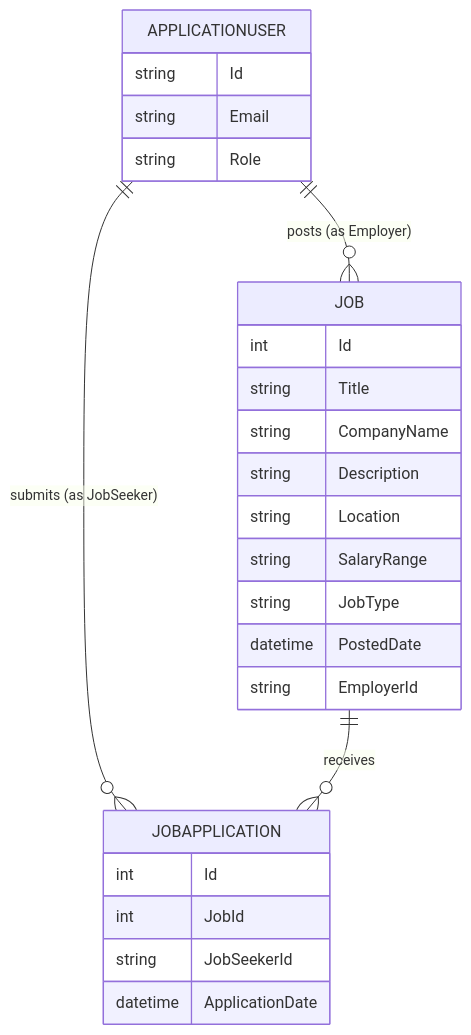
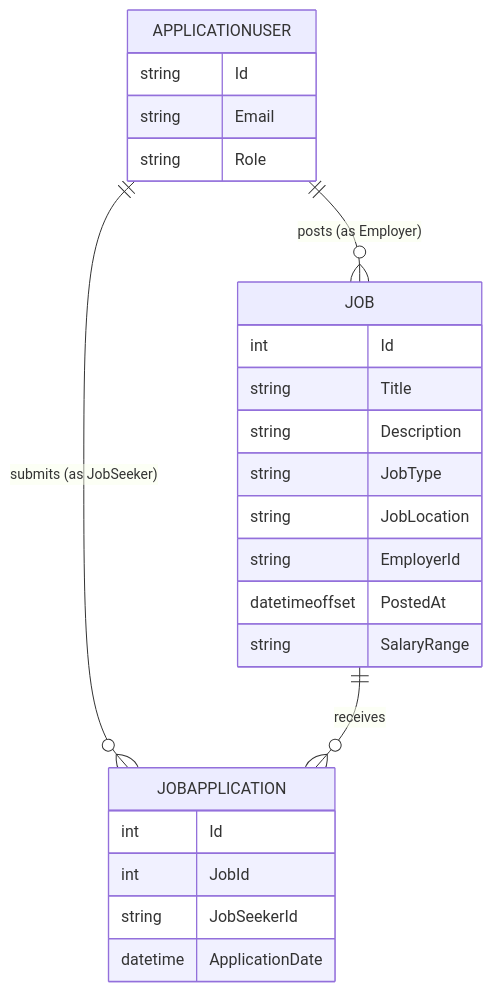
The diagram in docs/02-domain-model.md (Alrayyanumar56/jobboard-aspnetcore), drawn with Mermaid before and after one commit. The commit also changed other lines of this file and 132 other files, not shown here.

````diff
--- a/docs/02-domain-model.md
+++ b/docs/02-domain-model.md
@@ -24,29 +25,28 @@
 ```mermaid
 erDiagram
     APPLICATIONUSER ||--o{ JOB : "posts (as Employer)"
     APPLICATIONUSER ||--o{ JOBAPPLICATION : "submits (as JobSeeker)"
     JOB ||--o{ JOBAPPLICATION : "receives"
 
     APPLICATIONUSER {
         string Id
         string Email
         string Role
     }
     JOB {
         int Id
         string Title
-        string CompanyName
         string Description
-        string Location
+        string JobType
+        string JobLocation
+        string EmployerId
+        datetimeoffset PostedAt
         string SalaryRange
-        string JobType
-        datetime PostedDate
-        string EmployerId
     }
     JOBAPPLICATION {
         int Id
         int JobId
         string JobSeekerId
         datetime ApplicationDate
     }
 ```
````
